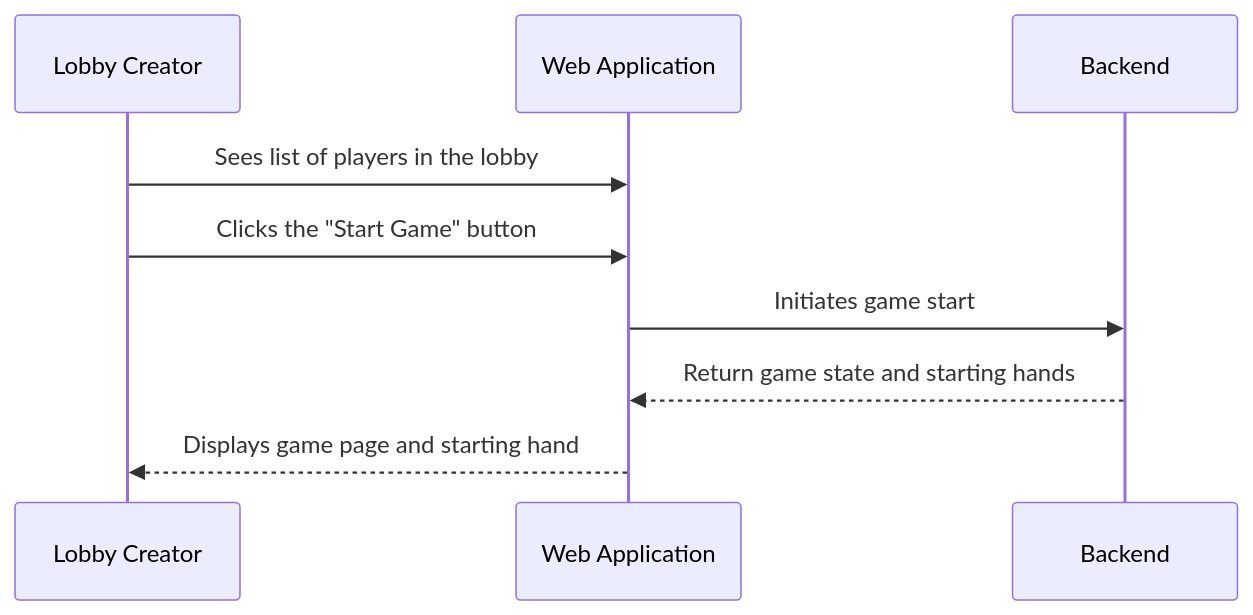
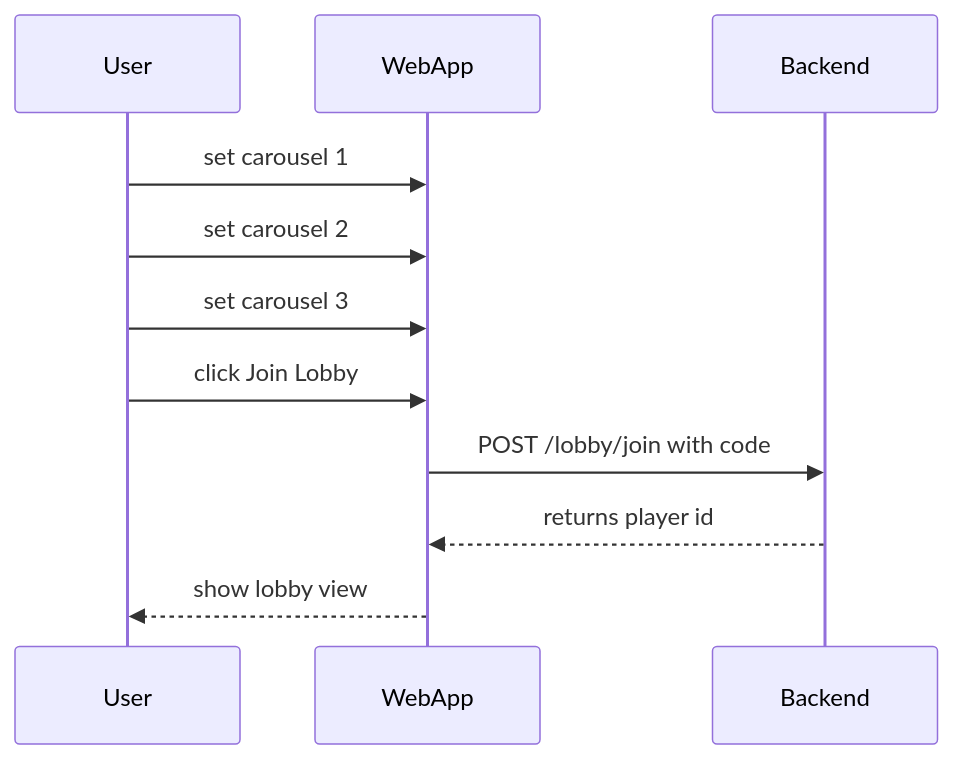
Before and after one commit to Capstone-Projects-2025-Spring/aac-go-fish: the fifth of 19 diagrams in documentation/docs/system-architecture/use-case-sequences.md, drawn with Mermaid. The commit also changed other lines of this file and 1 other file, not shown here.

Commit message:
AGTC-117 Update use cases and sequences for new game

````diff
--- a/documentation/docs/system-architecture/use-case-sequences.md
+++ b/documentation/docs/system-architecture/use-case-sequences.md
@@ -46,13 +79,14 @@
 ```mermaid
 sequenceDiagram
-
-    participant LobbyCreator as Lobby Creator
-    participant WebApplication as Web Application
+    participant User
+    participant WebApp
     participant Backend
 
-    LobbyCreator->>WebApplication: Sees list of players in the lobby
-    LobbyCreator->>WebApplication: Clicks the "Start Game" button
-    WebApplication->>Backend: Initiates game start
-    Backend-->>WebApplication: Return game state and starting hands
-    WebApplication-->>LobbyCreator: Displays game page and starting hand
+    User->>WebApp: set carousel 1
+    User->>WebApp: set carousel 2
+    User->>WebApp: set carousel 3
+    User->>WebApp: click Join Lobby
+    WebApp->>Backend: POST /lobby/join with code
+    Backend-->>WebApp: returns player id
+    WebApp-->>User: show lobby view
 ```
````
